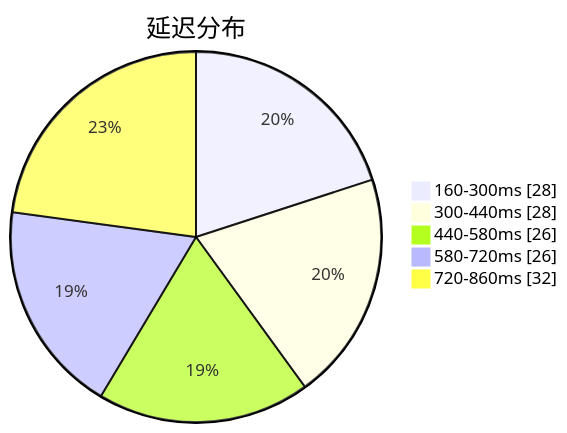
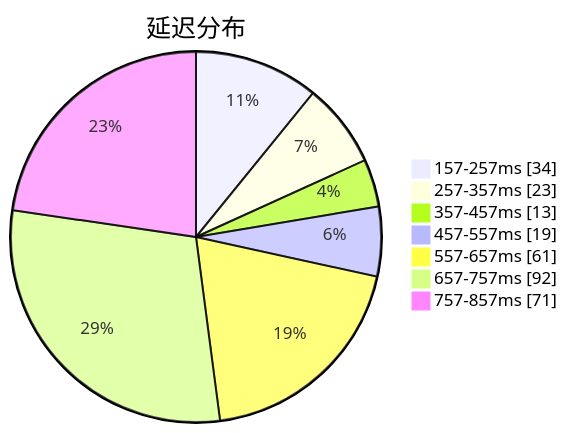
The first of 3 diagrams in subs/statistics/tested_within.md (qjlxg/airport), drawn with Mermaid before and after one commit. The commit also changed other lines of this file and 2 other files, not shown here.

````diff
--- a/subs/statistics/tested_within.md
+++ b/subs/statistics/tested_within.md
@@ -2,9 +2,11 @@
 ```mermaid
 pie showData
 title 延迟分布
-"160-300ms" : 28
-"300-440ms" : 28
-"440-580ms" : 26
-"580-720ms" : 26
-"720-860ms" : 32
+"157-257ms" : 34
+"257-357ms" : 23
+"357-457ms" : 13
+"457-557ms" : 19
+"557-657ms" : 61
+"657-757ms" : 92
+"757-857ms" : 71
 ```
````
